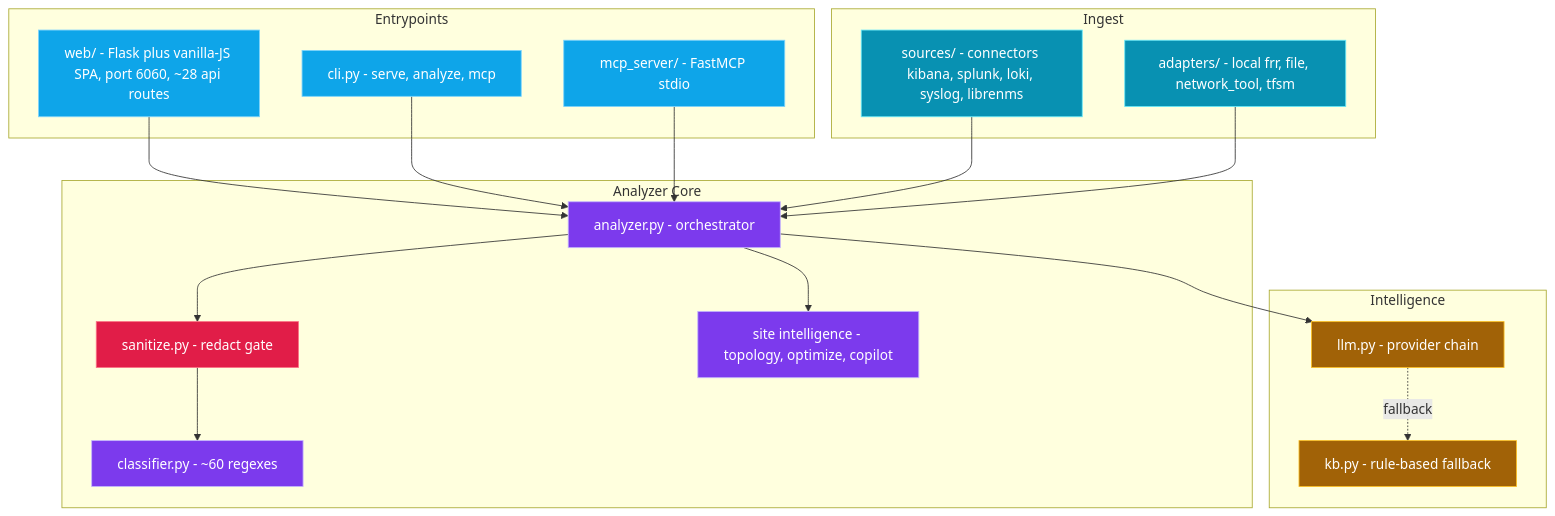
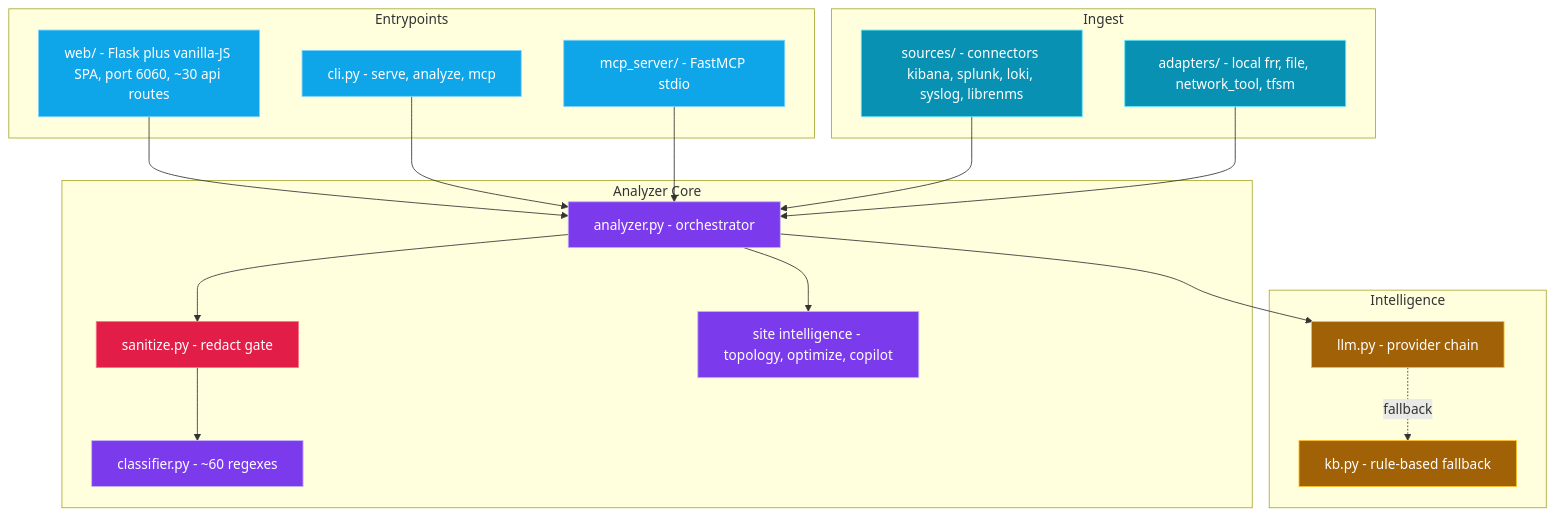
Before and after one commit to gesh75/netlog-ai: the second of 7 diagrams in docs/ARCHITECTURE.md, drawn with Mermaid. The commit also changed 17 other files, not shown here.

````diff
--- a/docs/ARCHITECTURE.md
+++ b/docs/ARCHITECTURE.md
@@ -75,44 +75,44 @@
 ```mermaid
 flowchart TB
     subgraph ENTRY["Entrypoints"]
-        WEB["web/ - Flask plus vanilla-JS SPA, port 6060, ~28 api routes"]
+        WEB["web/ - Flask plus vanilla-JS SPA, port 6060, ~30 api routes"]
         CLI["cli.py - serve, analyze, mcp"]
         MCP["mcp_server/ - FastMCP stdio"]
     end
 
     subgraph INGEST["Ingest"]
         SRC["sources/ - connectors kibana, splunk, loki, syslog, librenms"]
         ADP["adapters/ - local frr, file, network_tool, tfsm"]
     end
 
     subgraph CORE["Analyzer Core"]
         SAN["sanitize.py - redact gate"]
         CLS["classifier.py - ~60 regexes"]
         ANA["analyzer.py - orchestrator"]
         SITE["site intelligence - topology, optimize, copilot"]
     end
 
     subgraph BRAIN["Intelligence"]
         LLMC["llm.py - provider chain"]
         KB["kb.py - rule-based fallback"]
     end
 
     WEB & CLI & MCP --> ANA
     SRC & ADP --> ANA
     ANA --> SAN --> CLS
     ANA --> SITE
     ANA --> LLMC
     LLMC -.fallback.-> KB
 
     classDef entry fill:#0ea5e9,stroke:#7dd3fc,color:#fff
     classDef in    fill:#0891b2,stroke:#67e8f9,color:#fff
     classDef gate  fill:#e11d48,stroke:#fb7185,color:#fff
     classDef core  fill:#7c3aed,stroke:#c4b5fd,color:#fff
     classDef brain fill:#a16207,stroke:#fbbf24,color:#fff
 
     class WEB,CLI,MCP entry
     class SRC,ADP in
     class SAN gate
     class CLS,ANA,SITE core
     class LLMC,KB brain
 ```
````
